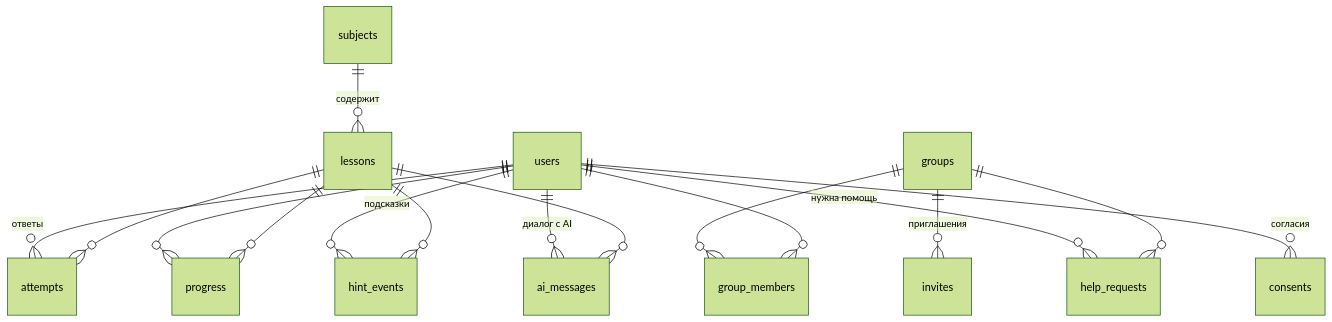
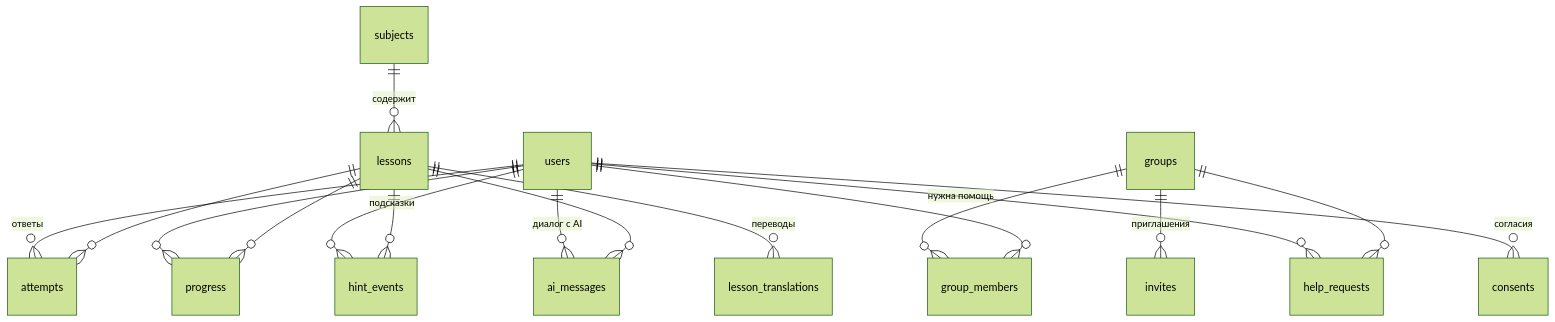
The diagram in docs/database.md (svlab27-web/college-tutor), drawn with Mermaid (forest theme) before and after one commit. The commit also changed other lines of this file, not shown here.

````diff
--- a/docs/database.md
+++ b/docs/database.md
@@ -35,18 +36,19 @@
 ```mermaid
 erDiagram
     subjects ||--o{ lessons : "содержит"
     groups ||--o{ group_members : ""
     users ||--o{ group_members : ""
     groups ||--o{ invites : "приглашения"
     users ||--o{ attempts : "ответы"
     lessons ||--o{ attempts : ""
     users ||--o{ progress : ""
     lessons ||--o{ progress : ""
     users ||--o{ hint_events : "подсказки"
     lessons ||--o{ hint_events : ""
     users ||--o{ help_requests : "нужна помощь"
     groups ||--o{ help_requests : ""
     users ||--o{ consents : "согласия"
     users ||--o{ ai_messages : "диалог с AI"
     lessons ||--o{ ai_messages : ""
+    lessons ||--o{ lesson_translations : "переводы"
 ```
````
